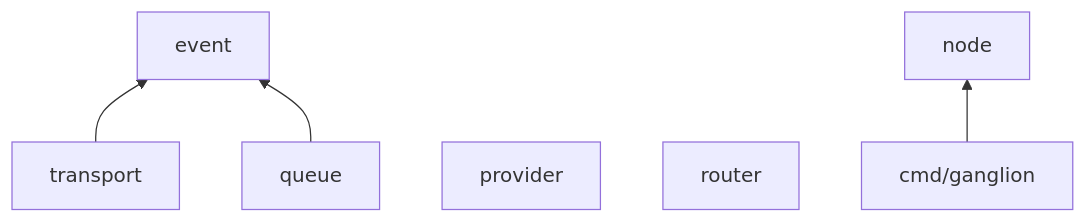
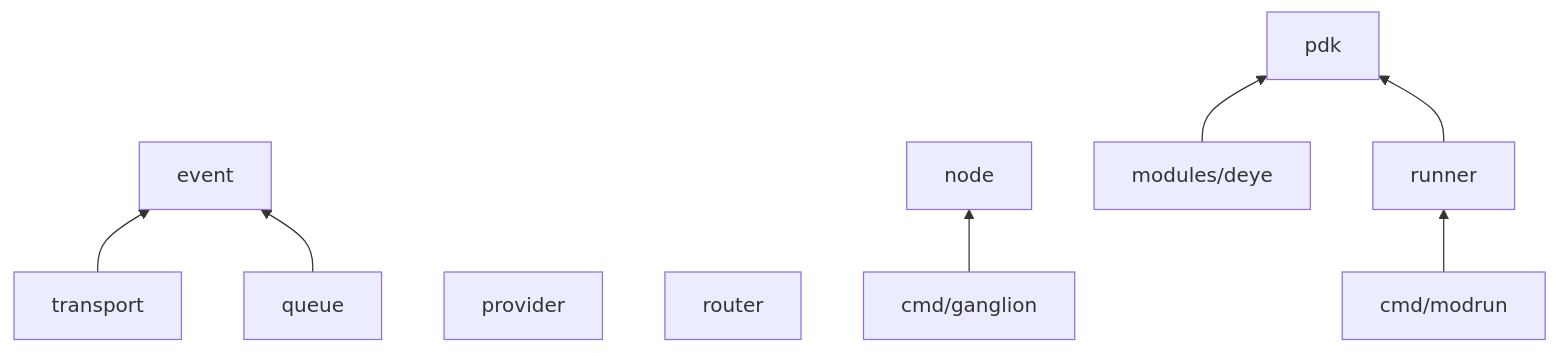
Before and after one commit to igorrius/ganglion: the diagram in docs/architecture/05-code-map.md, drawn with Mermaid. The commit also changed other lines of this file and 22 other files, not shown here.

First line of the commit message:
ganglion: модуль deye-reader на WASM и runner на wazero (P0, задача 0.2)

````diff
--- a/docs/architecture/05-code-map.md
+++ b/docs/architecture/05-code-map.md
@@ -32,10 +34,14 @@
 ```mermaid
 flowchart BT
     event["event"]
     transport["transport"] --> event
     queue["queue"] --> event
     provider["provider"]
     router["router"]
     node["node"]
     cmd["cmd/ganglion"] --> node
+    pdk["pdk"]
+    deye["modules/deye"] --> pdk
+    runner["runner"] --> pdk
+    modrun["cmd/modrun"] --> runner
 ```
````
